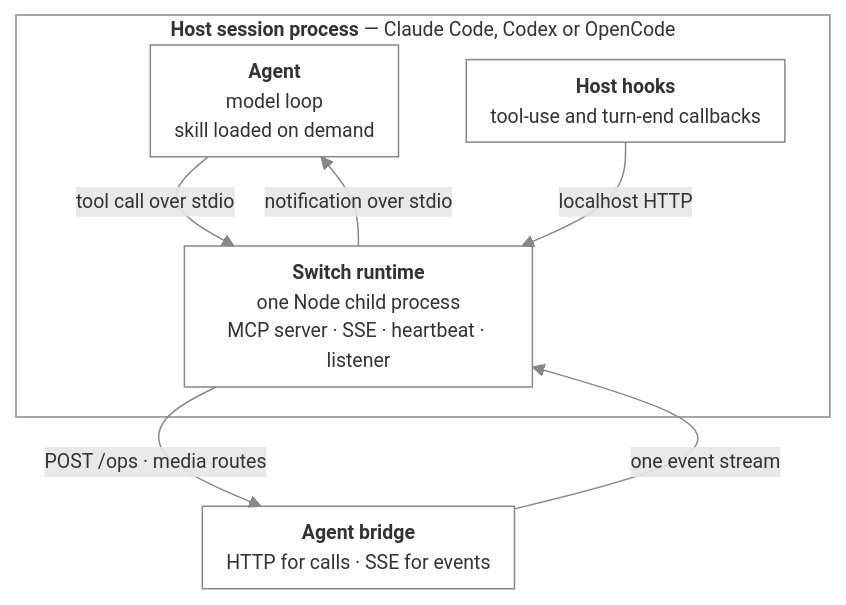
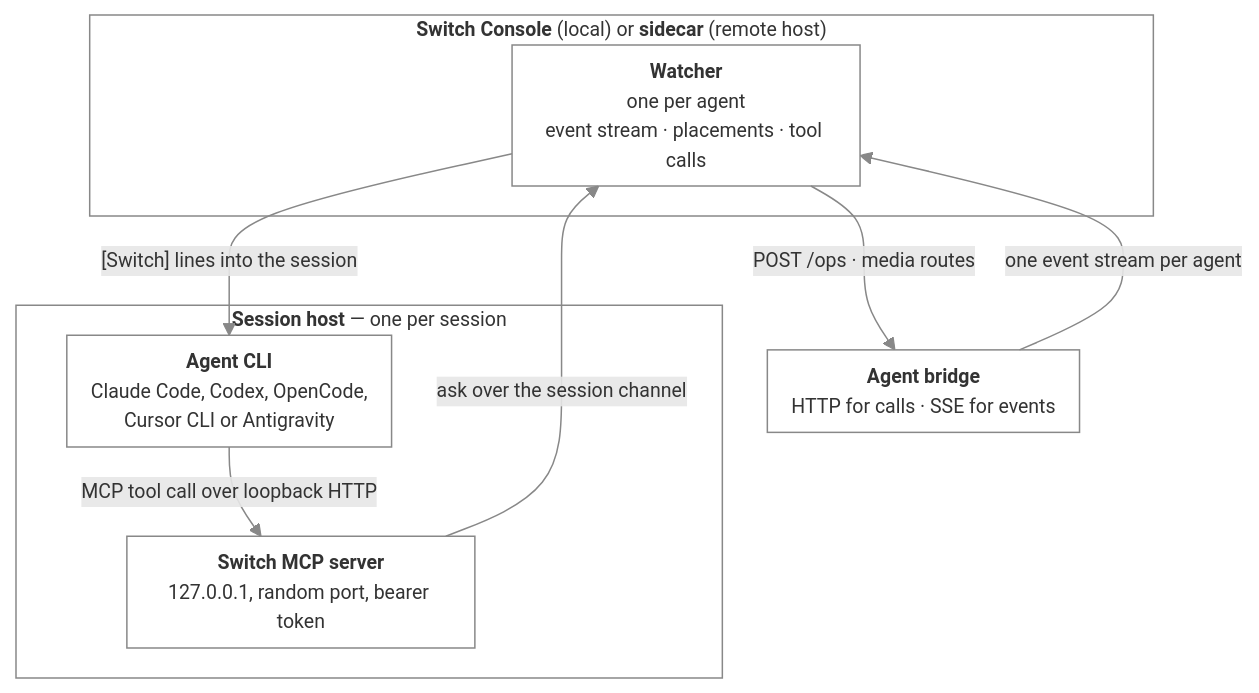
Before and after one commit to sandbox-quantum/switch: the first of 2 diagrams in docs/official/internals/connectors-and-runtime.md, drawn with Mermaid. The commit also changed other lines of this file and 126 other files, not shown here.

First line of the commit message:
refactor: drop connector plugins and standalone runtime; Console pushes one Switch skill

````diff
--- a/docs/official/internals/connectors-and-runtime.md
+++ b/docs/official/internals/connectors-and-runtime.md
@@ -43,22 +39,26 @@
 ```mermaid
 %%{init: {'themeVariables': {'fontSize': '13px'}, 'flowchart': {'padding': 8, 'nodeSpacing': 40, 'rankSpacing': 40}}}%%
 flowchart TB
-  subgraph host["<b>Host session process</b> — Claude Code, Codex or OpenCode"]
-    agent["<b>Agent</b><br/>model loop<br/>skill loaded on demand"]
-    hooks["<b>Host hooks</b><br/>tool-use and turn-end callbacks"]
-    runtime["<b>Switch runtime</b><br/>one Node child process<br/>MCP server · SSE · heartbeat · listener"]
+  subgraph parent["<b>Switch Console</b> (local) or <b>sidecar</b> (remote host)"]
+    watcher["<b>Watcher</b><br/>one per agent<br/>event stream · placements · tool calls"]
+  end
+
+  subgraph hostproc["<b>Session host</b> — one per session"]
+    mcp["<b>Switch MCP server</b><br/>127.0.0.1, random port, bearer token"]
+    agent["<b>Agent CLI</b><br/>Claude Code, Codex, OpenCode,<br/>Cursor CLI or Antigravity"]
   end
 
   bridge["<b>Agent bridge</b><br/>HTTP for calls · SSE for events"]
 
-  agent -->|"tool call over stdio"| runtime
-  runtime -->|"notification over stdio"| agent
-  hooks -->|"localhost HTTP"| runtime
-  runtime -->|"POST /ops · media routes"| bridge
-  bridge -->|"one event stream"| runtime
+  agent -->|"MCP tool call over loopback HTTP"| mcp
+  mcp -->|"ask over the session channel"| watcher
+  watcher -->|"[Switch] lines into the session"| agent
+  watcher -->|"POST /ops · media routes"| bridge
+  bridge -->|"one event stream per agent"| watcher
 
   classDef plain fill:none,stroke:#888888,stroke-width:1px
-  class agent,hooks,runtime,bridge plain
-  style host fill:none,stroke:#888888,stroke-width:1px
+  class watcher,mcp,agent,bridge plain
+  style parent fill:none,stroke:#888888,stroke-width:1px
+  style hostproc fill:none,stroke:#888888,stroke-width:1px
   linkStyle default stroke:#888888
 ```
````
